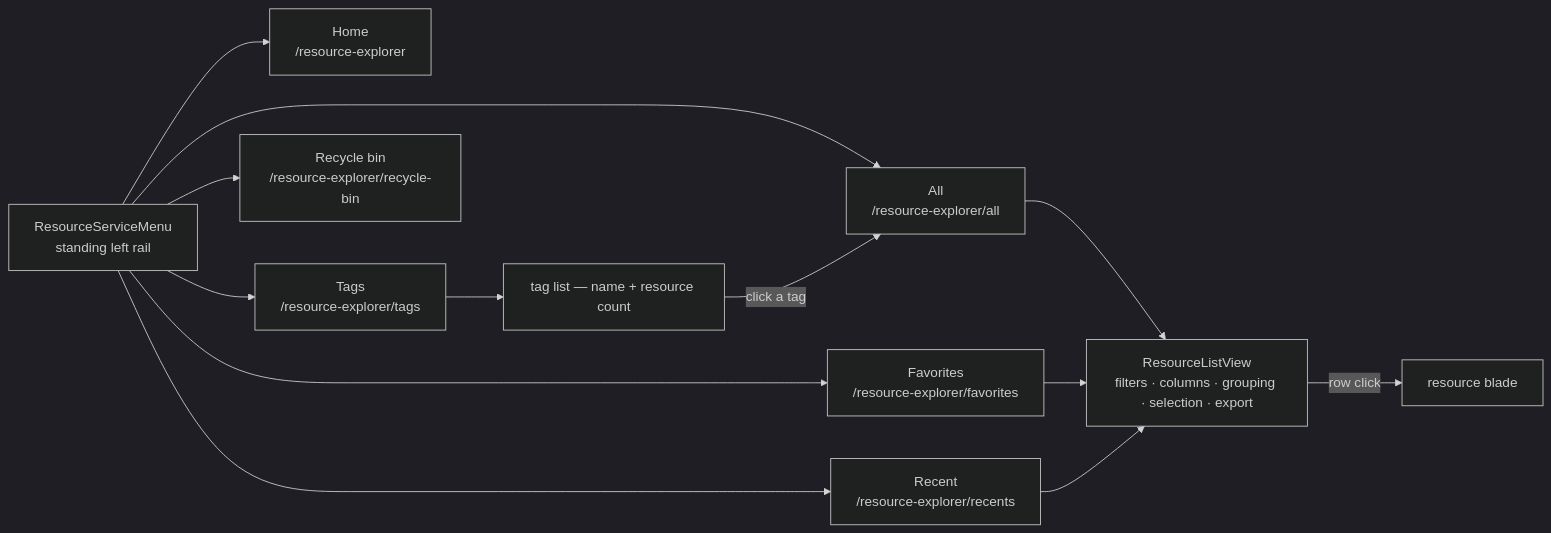
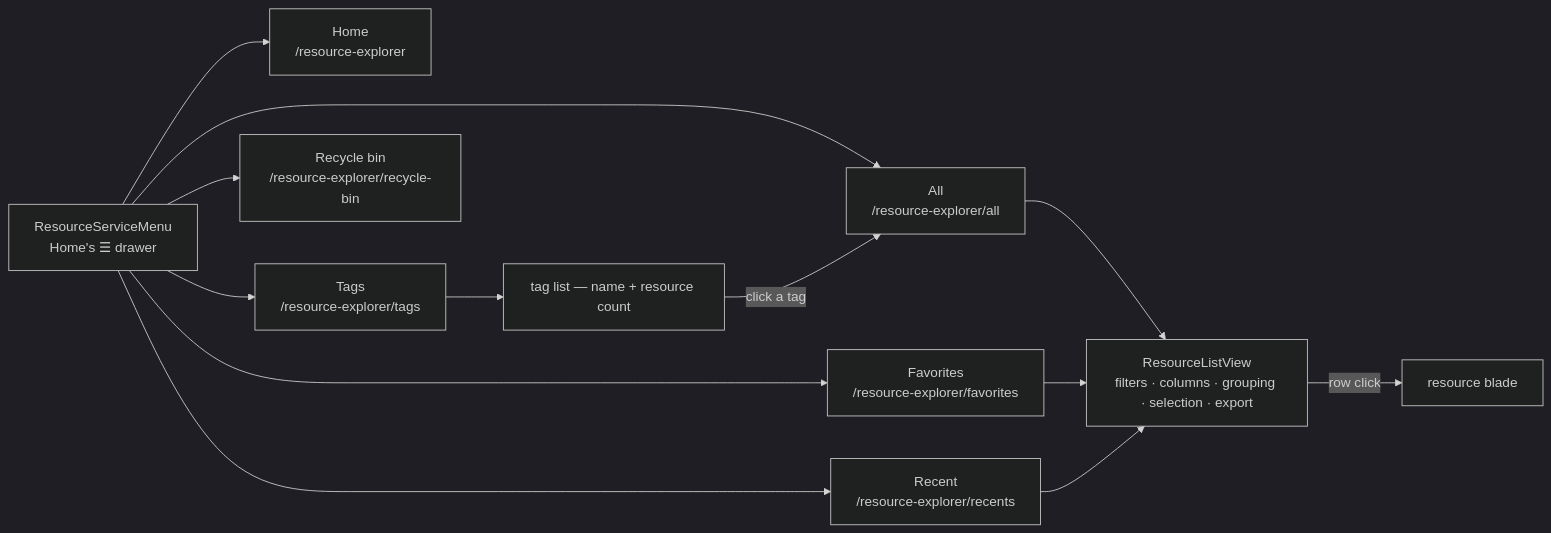
The diagram in packages/app/content/docs/platform/resource-service-menu.md (Esposter/Esposter), drawn with Mermaid (dark theme) before and after one commit. The commit also changed other lines of this file and 12 other files, not shown here.

````diff
--- a/packages/app/content/docs/platform/resource-service-menu.md
+++ b/packages/app/content/docs/platform/resource-service-menu.md
@@ -12,15 +12,15 @@
 ```mermaid
 flowchart LR
-  MENU["ResourceServiceMenu<br/>standing left rail"] --> HOME["Home<br/>/resource-explorer"]
+  MENU["ResourceServiceMenu<br/>Home's ☰ drawer"] --> HOME["Home<br/>/resource-explorer"]
   MENU --> ALL["All<br/>/resource-explorer/all"]
   MENU --> FAV["Favorites<br/>/resource-explorer/favorites"]
   MENU --> REC["Recent<br/>/resource-explorer/recents"]
   MENU --> TAGS["Tags<br/>/resource-explorer/tags"]
   MENU --> BIN["Recycle bin<br/>/resource-explorer/recycle-bin"]
   ALL --> LIST["ResourceListView<br/>filters · columns · grouping · selection · export"]
   FAV --> LIST
   REC --> LIST
   TAGS --> TAGLIST["tag list — name + resource count"]
   TAGLIST -->|"click a tag"| ALL
   LIST -->|"row click"| BLADE["resource blade"]
 ```
````
